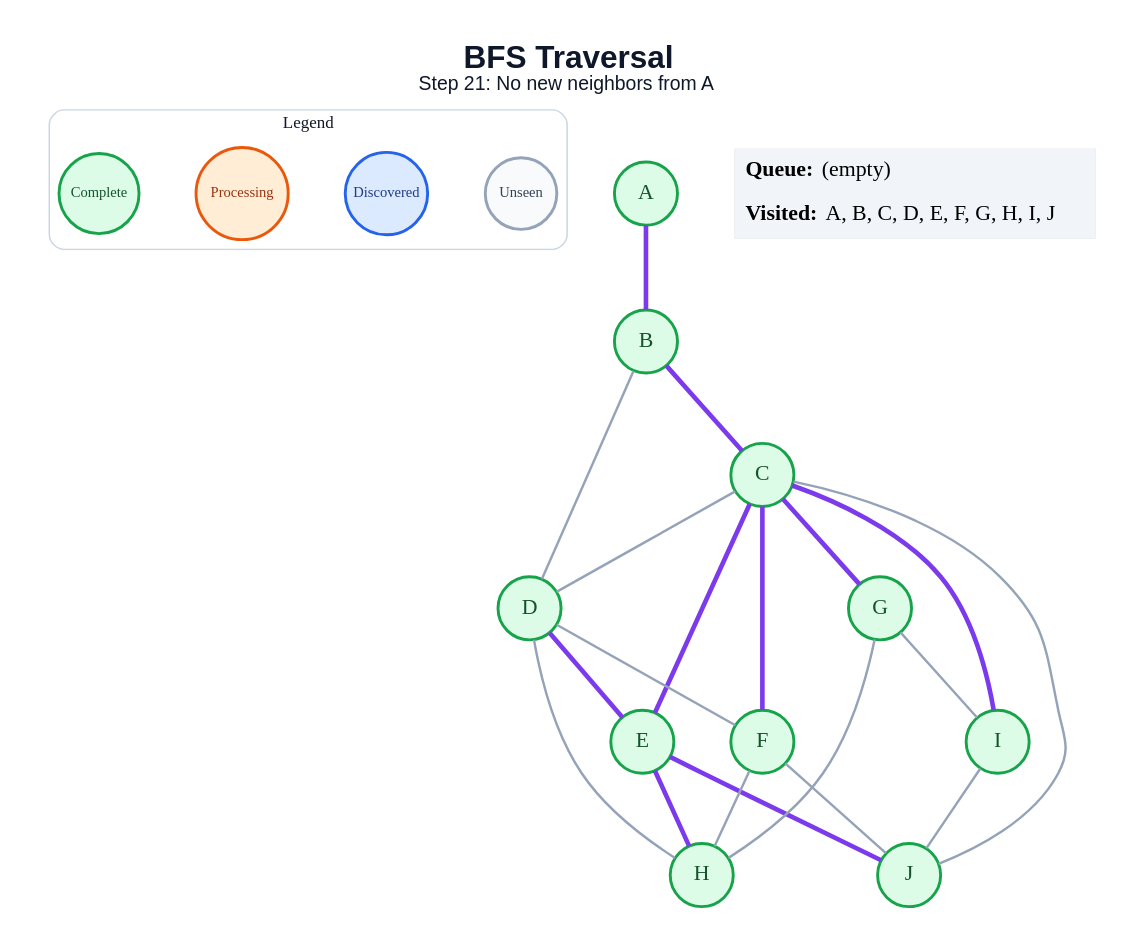
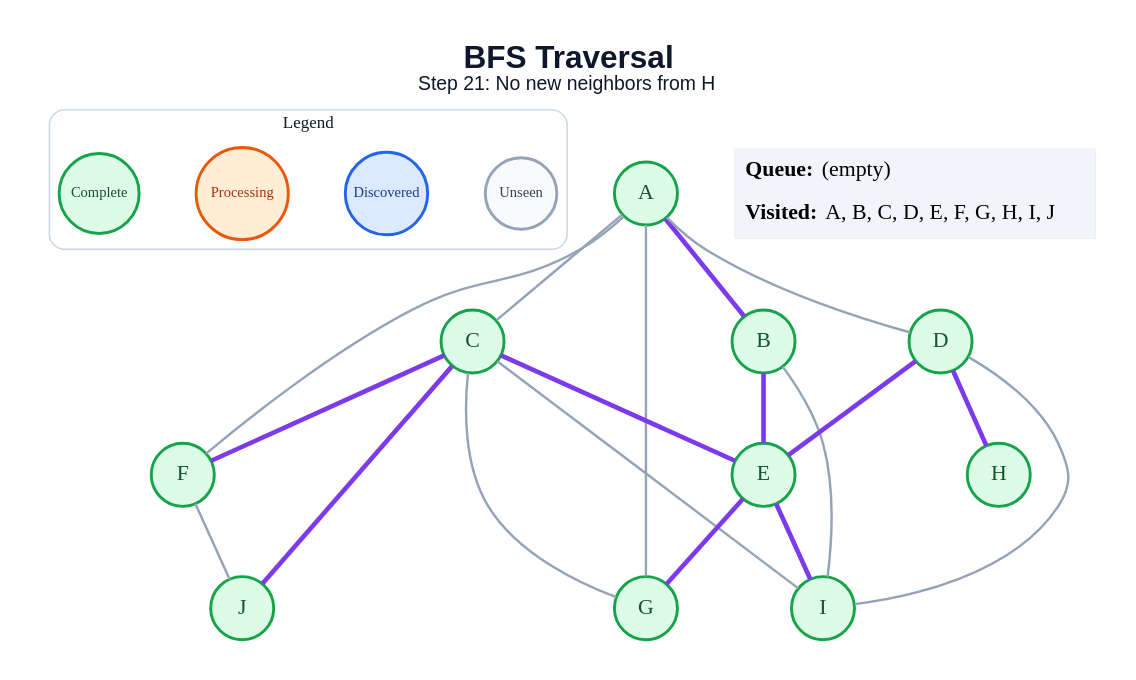
One commit to anon7238593-create/ai-slop changed the diagram in generated/specific-node/bfs/step_21.dot. Above: the diagram before and after it, drawn with Graphviz. The commit also changed 178 other files, not shown here.

```diff
--- a/generated/specific-node/bfs/step_21.dot
+++ b/generated/specific-node/bfs/step_21.dot
@@ -1,48 +1,47 @@
 graph traversal {
   graph [layout=dot, rankdir=TB, bgcolor="#FFFFFF", pad="0.35", nodesep="0.65", ranksep="0.8", fontname="Arial"];
   node [shape=circle, style="filled", fontname="Arial Bold", fontsize=18, width=0.72, fixedsize=true, penwidth=2.4];
   edge [color="#94A3B8", penwidth=2.0];
-  label=<<B>BFS Traversal</B><BR/><FONT POINT-SIZE="16">Step 21: No new neighbors from A</FONT>>; labelloc="t"; fontsize=26; fontname="Arial"; fontcolor="#0F172A";
+  label=<<B>BFS Traversal</B><BR/><FONT POINT-SIZE="16">Step 21: No new neighbors from H</FONT>>; labelloc="t"; fontsize=26; fontname="Arial"; fontcolor="#0F172A";
   subgraph cluster_legend { label="Legend"; color="#CBD5E1"; penwidth=1.2; style="rounded"; fontsize=14; fontname="Arial Bold";
     key_unseen [label="Unseen", fillcolor="#F8FAFC", color="#94A3B8", fontcolor="#334155", fontsize=12, width=0.82];
     key_frontier [label="Discovered", fillcolor="#DBEAFE", color="#2563EB", fontcolor="#1E3A8A", fontsize=12, width=0.95];
     key_current [label="Processing", fillcolor="#FFEDD5", color="#EA580C", fontcolor="#9A3412", fontsize=12, width=1.05];
     key_done [label="Complete", fillcolor="#DCFCE7", color="#16A34A", fontcolor="#14532D", fontsize=12, width=0.92];
     { rank=same; key_unseen; key_frontier; key_current; key_done; }
   }
   A [fillcolor="#DCFCE7", color="#16A34A", fontcolor="#14532D"];
   B [fillcolor="#DCFCE7", color="#16A34A", fontcolor="#14532D"];
   C [fillcolor="#DCFCE7", color="#16A34A", fontcolor="#14532D"];
   D [fillcolor="#DCFCE7", color="#16A34A", fontcolor="#14532D"];
   E [fillcolor="#DCFCE7", color="#16A34A", fontcolor="#14532D"];
   F [fillcolor="#DCFCE7", color="#16A34A", fontcolor="#14532D"];
   G [fillcolor="#DCFCE7", color="#16A34A", fontcolor="#14532D"];
   H [fillcolor="#DCFCE7", color="#16A34A", fontcolor="#14532D"];
   I [fillcolor="#DCFCE7", color="#16A34A", fontcolor="#14532D"];
   J [fillcolor="#DCFCE7", color="#16A34A", fontcolor="#14532D"];
   A -- B [color="#7C3AED", penwidth=3.8];
-  B -- C [color="#7C3AED", penwidth=3.8];
-  B -- D;
-  C -- D;
+  A -- C;
+  A -- D;
+  A -- F;
+  A -- G;
+  B -- E [color="#7C3AED", penwidth=3.8];
+  B -- I;
   C -- E [color="#7C3AED", penwidth=3.8];
   C -- F [color="#7C3AED", penwidth=3.8];
-  C -- G [color="#7C3AED", penwidth=3.8];
-  C -- I [color="#7C3AED", penwidth=3.8];
-  C -- J;
+  C -- G;
+  C -- I;
+  C -- J [color="#7C3AED", penwidth=3.8];
   D -- E [color="#7C3AED", penwidth=3.8];
-  D -- F;
-  D -- H;
-  E -- H [color="#7C3AED", penwidth=3.8];
-  E -- J [color="#7C3AED", penwidth=3.8];
-  F -- H;
+  D -- H [color="#7C3AED", penwidth=3.8];
+  D -- I;
+  E -- G [color="#7C3AED", penwidth=3.8];
+  E -- I [color="#7C3AED", penwidth=3.8];
   F -- J;
-  G -- H;
-  G -- I;
-  I -- J;
   status [shape=plain, fixedsize=false, width=0, height=0, margin=0, label=<
     <TABLE BORDER="0" CELLBORDER="0" CELLPADDING="7" BGCOLOR="#F1F5F9">
       <TR><TD ALIGN="LEFT"><B>Queue:</B> (empty)</TD></TR>
       <TR><TD ALIGN="LEFT"><B>Visited:</B> A, B, C, D, E, F, G, H, I, J</TD></TR>
     </TABLE>
   >];
 }
```
